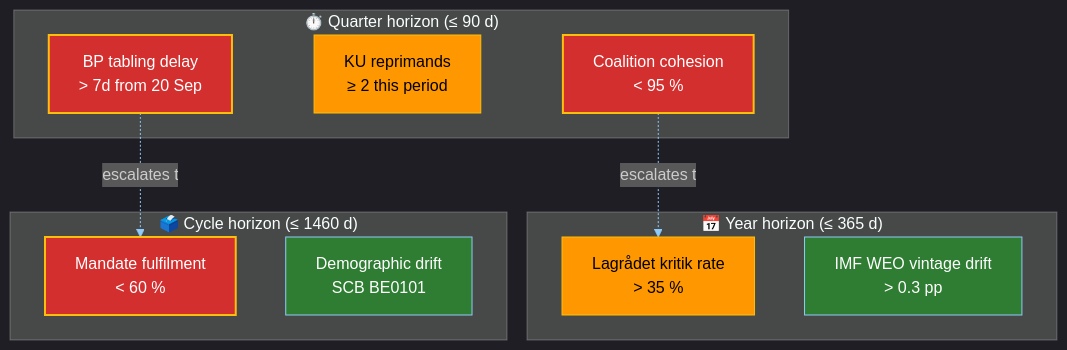
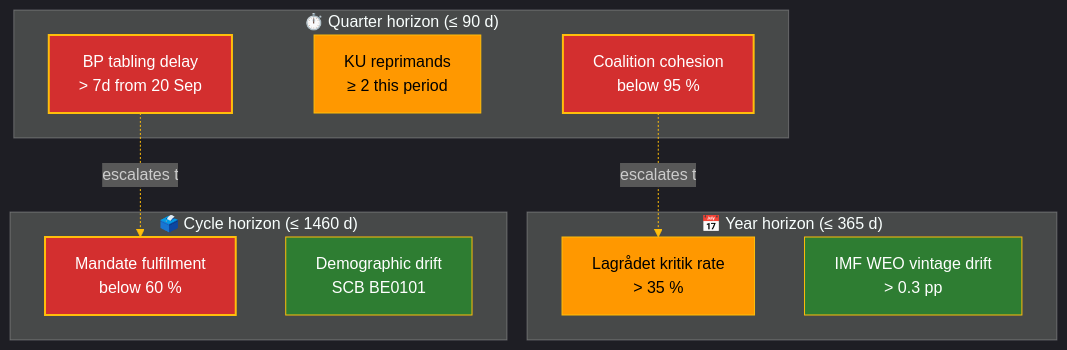
One commit to Hack23/riksdagsmonitor changed the second of 2 diagrams in analysis/templates/parliamentary-season.md. Above: the diagram before and after it, drawn with Mermaid. The commit also changed 2 other files, not shown here.

Commit message:
Address PR review: fix Mermaid HTML escaping, canonical palette compliance, correct render-chain refs, add election-2026-implications alias
Agent-Logs-Url: https://github.com/Hack23/riksdagsmonitor/sessions/93aa8d9b-bbf5-4a79-90c2-02c1fe01ef70

````diff
--- a/analysis/templates/parliamentary-season.md
+++ b/analysis/templates/parliamentary-season.md
@@ -161,24 +161,24 @@
 ```mermaid
-%%{init: {"theme":"dark","themeVariables":{"primaryColor":"#1565C0","primaryTextColor":"#ffffff","lineColor":"#90CAF9","fontFamily":"Inter, Helvetica, Arial, sans-serif"}}}%%
+%%{init: {"theme":"dark","themeVariables":{"primaryColor":"#1565C0","primaryTextColor":"#ffffff","lineColor":"#FFBE0B","fontFamily":"Inter, Helvetica, Arial, sans-serif"}}}%%
 flowchart TB
     subgraph QUARTER["⏱️ Quarter horizon (≤ 90 d)"]
         Q1["BP tabling delay<br/>> 7d from 20 Sep"]:::high
         Q2["KU reprimands<br/>≥ 2 this period"]:::med
-        Q3["Coalition cohesion<br/>< 95 %"]:::high
+        Q3["Coalition cohesion<br/>below 95 %"]:::high
     end
     subgraph YEAR["📅 Year horizon (≤ 365 d)"]
         Y1["Lagrådet kritik rate<br/>> 35 %"]:::med
         Y2["IMF WEO vintage drift<br/>> 0.3 pp"]:::low
     end
     subgraph CYCLE["🗳️ Cycle horizon (≤ 1460 d)"]
-        C1["Mandate fulfilment<br/>< 60 %"]:::high
+        C1["Mandate fulfilment<br/>below 60 %"]:::high
         C2["Demographic drift<br/>SCB BE0101"]:::low
     end
 
     Q1 -.escalates to.-> C1
     Q3 -.escalates to.-> Y1
 
     classDef high fill:#D32F2F,color:#ffffff,stroke:#FFBE0B,stroke-width:2px
     classDef med fill:#FF9800,color:#000000,stroke:#FFBE0B
-    classDef low fill:#2E7D32,color:#ffffff,stroke:#90CAF9
+    classDef low fill:#2E7D32,color:#ffffff,stroke:#FFBE0B
 ```
````
